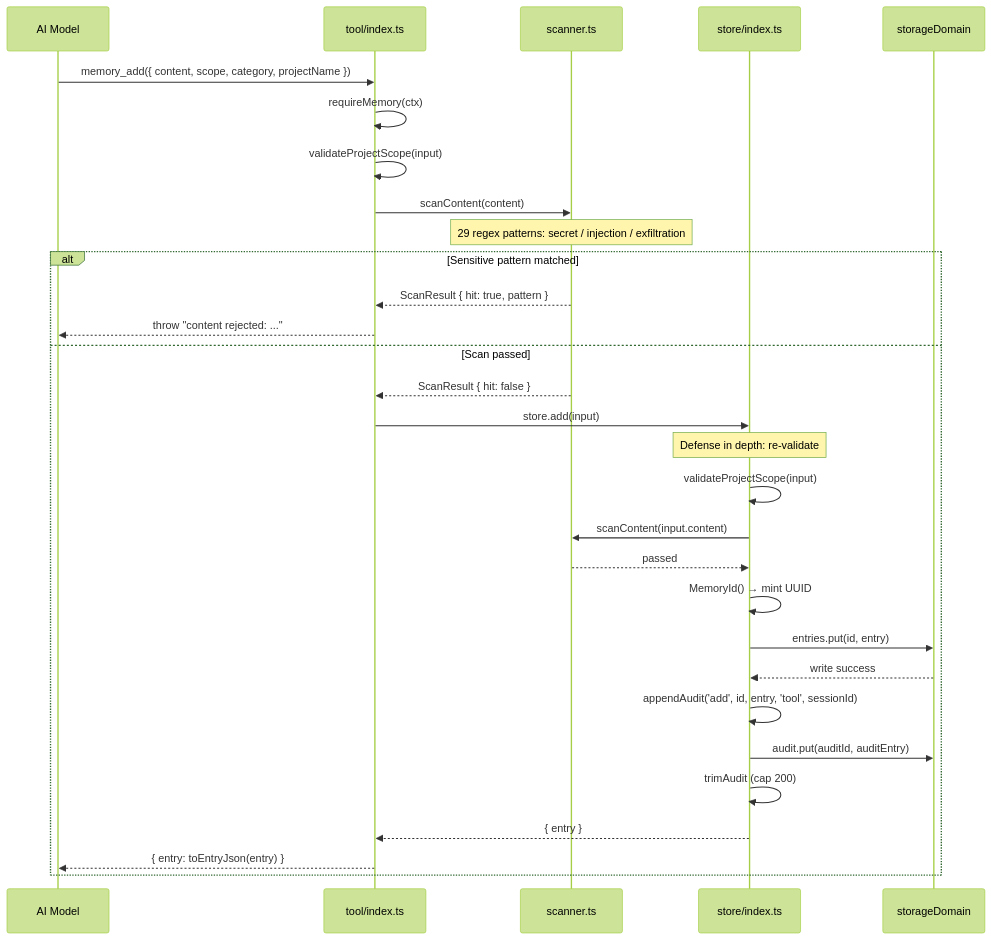
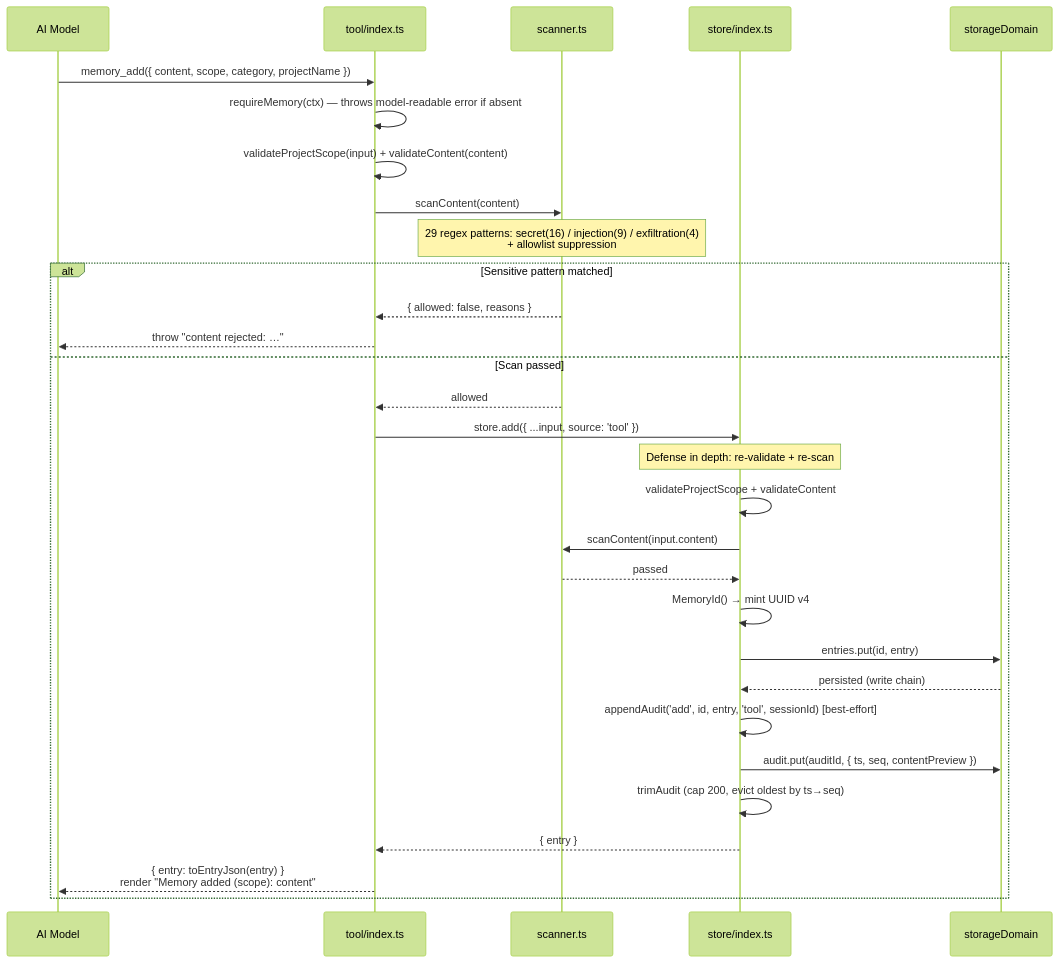
Before and after one commit to chenhw7/dsh-memory: the second of 14 diagrams in docs/SEQUENCE_DIAGRAMS.md, drawn with Mermaid (forest theme). The commit also changed other lines of this file and 5 other files, not shown here.

First line of the commit message:
docs: sync README / TECH_DESIGN / SEQUENCE_DIAGRAMS with the v0.3.0 implementation

````diff
--- a/docs/SEQUENCE_DIAGRAMS.md
+++ b/docs/SEQUENCE_DIAGRAMS.md
@@ -57,38 +63,38 @@
 ```mermaid
 sequenceDiagram
     participant Model as AI Model
     participant Tool as tool/index.ts
     participant Scanner as scanner.ts
     participant Store as store/index.ts
     participant SD as storageDomain
 
     Model->>Tool: memory_add({ content, scope, category, projectName })
-    Tool->>Tool: requireMemory(ctx)
-    Tool->>Tool: validateProjectScope(input)
+    Tool->>Tool: requireMemory(ctx) — throws model-readable error if absent
+    Tool->>Tool: validateProjectScope(input) + validateContent(content)
 
     Tool->>Scanner: scanContent(content)
-    Note over Scanner: 29 regex patterns: secret / injection / exfiltration
+    Note over Scanner: 29 regex patterns: secret(16) / injection(9) / exfiltration(4)<br/>+ allowlist suppression
     alt Sensitive pattern matched
-        Scanner-->>Tool: ScanResult { hit: true, pattern }
-        Tool-->>Model: throw "content rejected: ..."
+        Scanner-->>Tool: { allowed: false, reasons }
+        Tool-->>Model: throw "content rejected: …"
     else Scan passed
-        Scanner-->>Tool: ScanResult { hit: false }
-        Tool->>Store: store.add(input)
+        Scanner-->>Tool: allowed
+        Tool->>Store: store.add({ ...input, source: 'tool' })
 
-        Note over Store: Defense in depth: re-validate
-        Store->>Store: validateProjectScope(input)
+        Note over Store: Defense in depth: re-validate + re-scan
+        Store->>Store: validateProjectScope + validateContent
         Store->>Scanner: scanContent(input.content)
         Scanner-->>Store: passed
 
-        Store->>Store: MemoryId() → mint UUID
+        Store->>Store: MemoryId() → mint UUID v4
         Store->>SD: entries.put(id, entry)
-        SD-->>Store: write success
+        SD-->>Store: persisted (write chain)
 
-        Store->>Store: appendAudit('add', id, entry, 'tool', sessionId)
-        Store->>SD: audit.put(auditId, auditEntry)
-        Store->>Store: trimAudit (cap 200)
+        Store->>Store: appendAudit('add', id, entry, 'tool', sessionId) [best-effort]
+        Store->>SD: audit.put(auditId, { ts, seq, contentPreview })
+        Store->>Store: trimAudit (cap 200, evict oldest by ts→seq)
 
         Store-->>Tool: { entry }
-        Tool-->>Model: { entry: toEntryJson(entry) }
+        Tool-->>Model: { entry: toEntryJson(entry) }<br/>render "Memory added (scope): content"
     end
 ```
````
